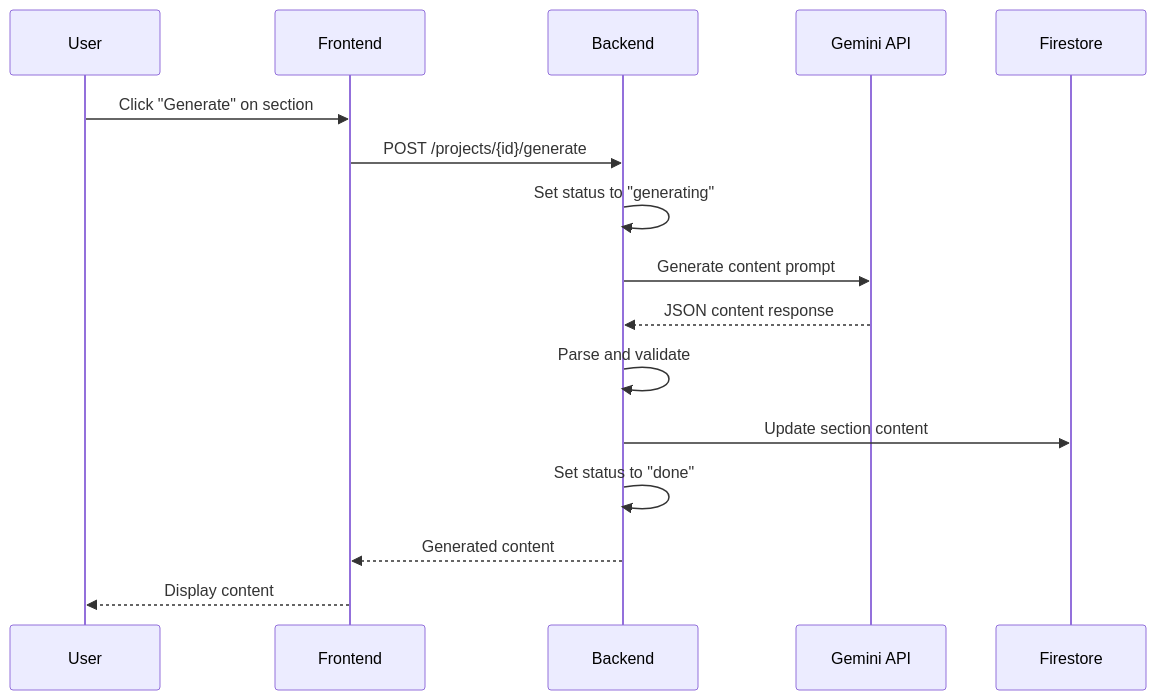
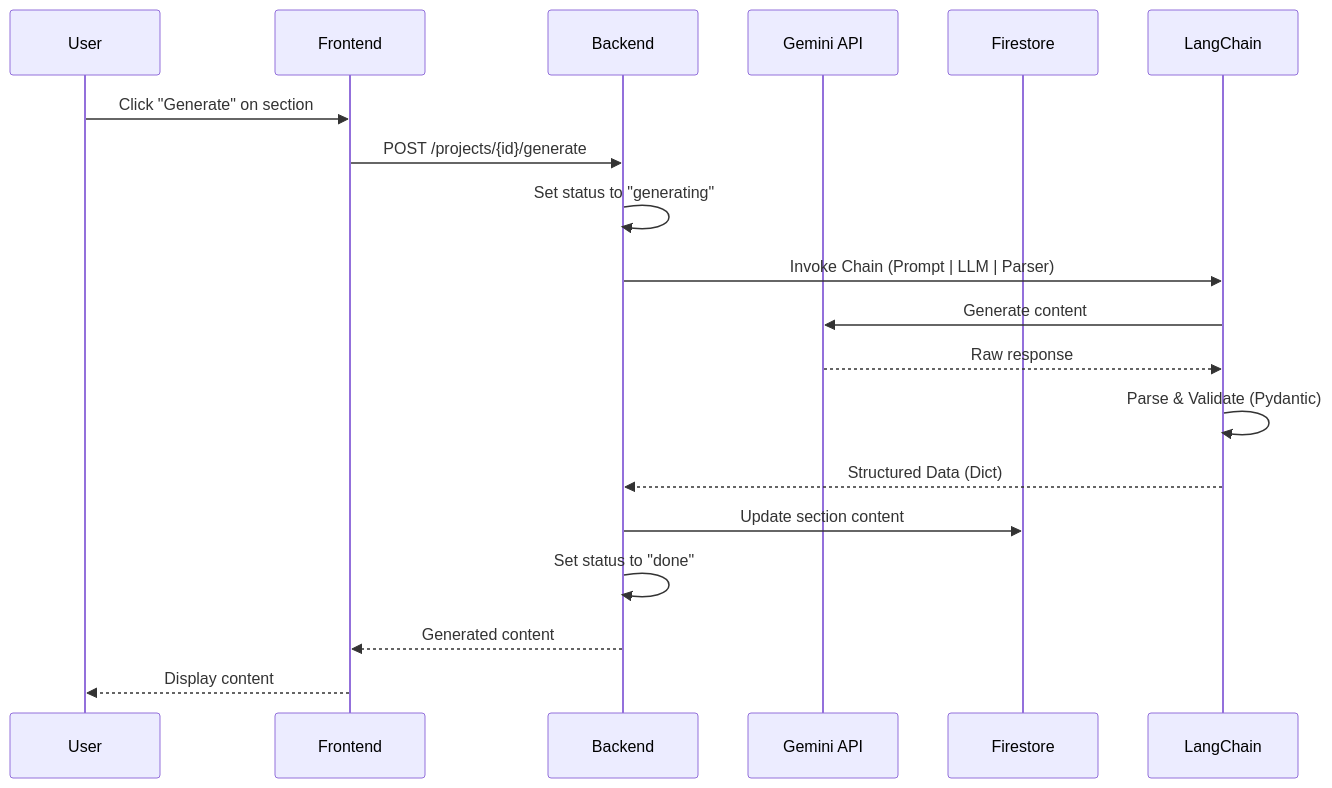
One commit to NoobSambit/docbuilder changed the diagram in docs/features/content-generation.md. Above: the diagram before and after it, drawn with Mermaid. The commit also changed other lines of this file and 51 other files, not shown here.

First line of the commit message:
docs: update documentation for Gemini 2.0 Flash and LangChain integration

````diff
--- a/docs/features/content-generation.md
+++ b/docs/features/content-generation.md
@@ -11,19 +3,21 @@
 ```mermaid
 sequenceDiagram
     participant User
     participant Frontend
     participant Backend
     participant Gemini API
     participant Firestore
     
     User->>Frontend: Click "Generate" on section
     Frontend->>Backend: POST /projects/{id}/generate
     Backend->>Backend: Set status to "generating"
-    Backend->>Gemini API: Generate content prompt
-    Gemini API-->>Backend: JSON content response
-    Backend->>Backend: Parse and validate
+    Backend->>LangChain: Invoke Chain (Prompt | LLM | Parser)
+    LangChain->>Gemini API: Generate content
+    Gemini API-->>LangChain: Raw response
+    LangChain->>LangChain: Parse & Validate (Pydantic)
+    LangChain-->>Backend: Structured Data (Dict)
     Backend->>Firestore: Update section content
     Backend->>Backend: Set status to "done"
     Backend-->>Frontend: Generated content
     Frontend-->>User: Display content
 ```
````
